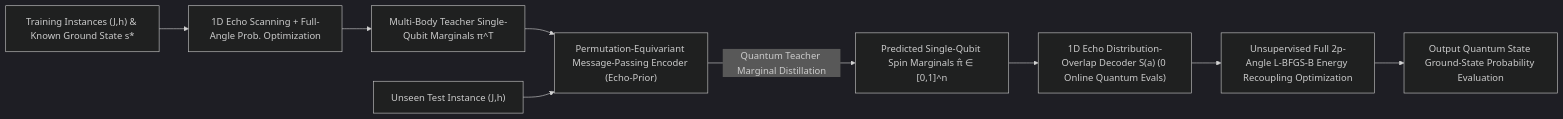
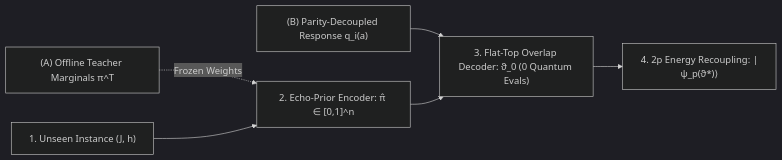
Before and after one commit to jollyxenon/Echo-Prior: the diagram in paper/paper1-icml-en.md, drawn with Mermaid (dark theme). The commit also changed other lines of this file and 20 other files, not shown here.

````diff
--- a/paper/paper1-icml-en.md
+++ b/paper/paper1-icml-en.md
@@ -15,11 +15,8 @@
 ```mermaid
 flowchart LR
-    A["Training Instances (J,h) & Known Ground State s*"] --> B["1D Echo Scanning + Full-Angle Prob. Optimization"]
-    B --> C["Multi-Body Teacher Single-Qubit Marginals π^T"]
-    C --> D["Permutation-Equivariant Message-Passing Encoder (Echo-Prior)"]
-    G["Unseen Test Instance (J,h)"] --> D
-    D -->|"Quantum Teacher Marginal Distillation"| F["Predicted Single-Qubit Spin Marginals π̂ ∈ [0,1]^n"]
-    F --> I["1D Echo Distribution-Overlap Decoder S(a) (0 Online Quantum Evals)"]
-    I --> J["Unsupervised Full 2p-Angle L-BFGS-B Energy Recoupling Optimization"]
-    J --> K["Output Quantum State Ground-State Probability Evaluation"]
+    T["(A) Offline Teacher Marginals π^T"] -.->|"Frozen Weights"| E
+    P["(B) Parity-Decoupled Response q_i(a)"] --> D
+    U["1. Unseen Instance (J, h)"] --> E["2. Echo-Prior Encoder: π̂ ∈ [0,1]^n"]
+    E --> D["3. Flat-Top Overlap Decoder: ϑ_0 (0 Quantum Evals)"]
+    D --> R["4. 2p Energy Recoupling: |ψ_p(ϑ*)⟩"]
 ```
````
